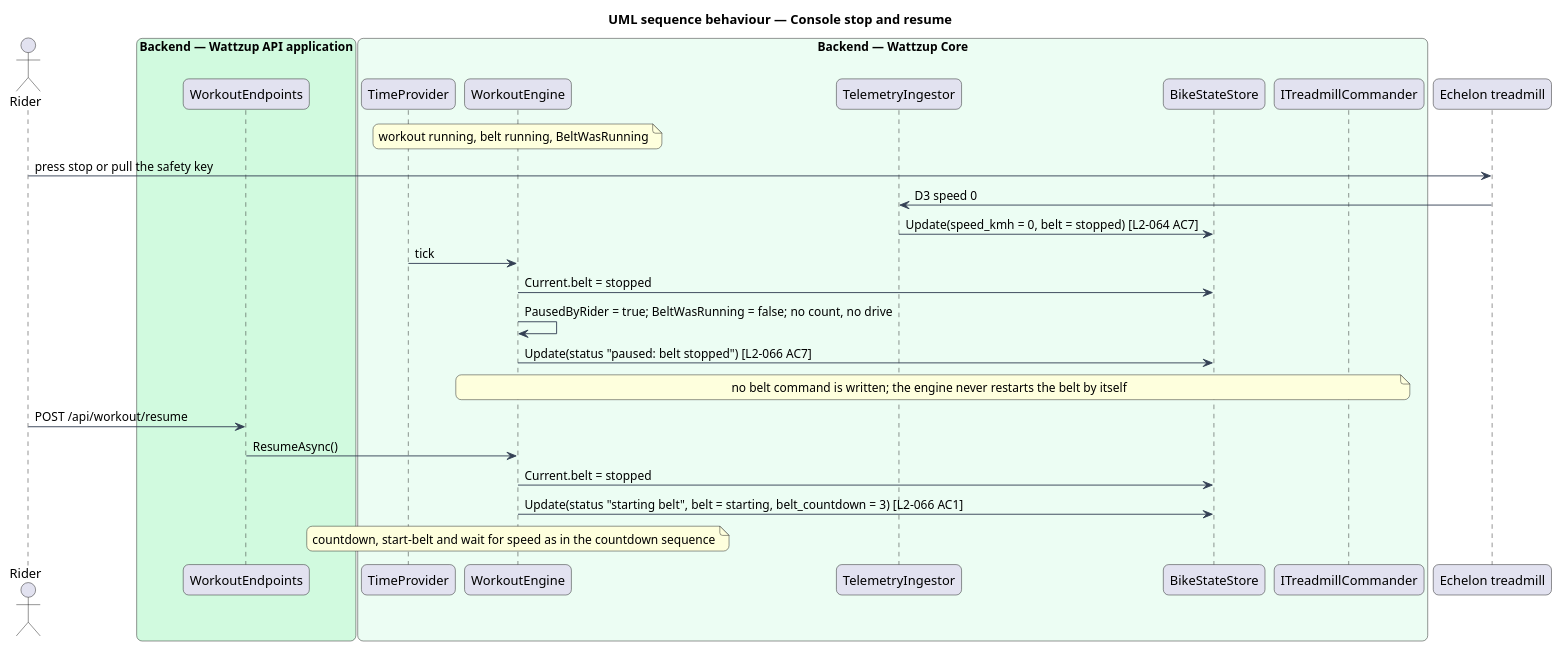
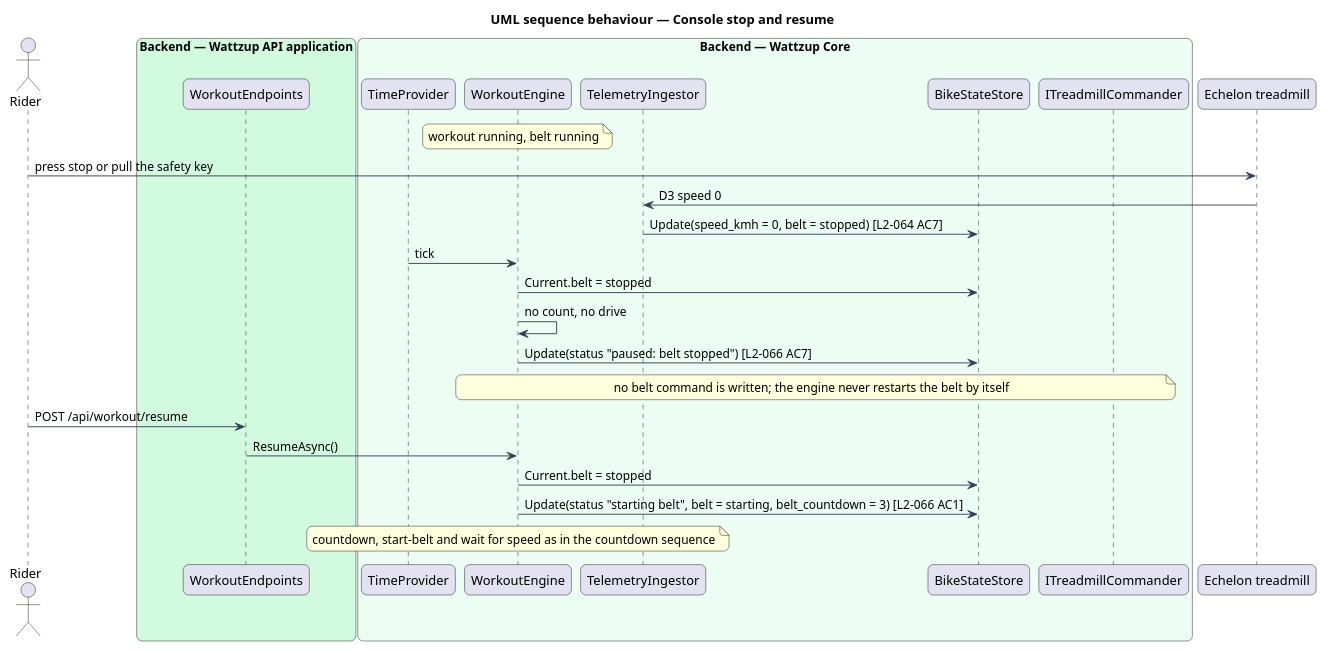
One commit to QuinntyneBrown/ride-one changed the diagram in docs/detailed-designs/treadmill/control-the-belt/diagrams/sequence-console-stop-and-resume.puml. Above: the diagram before and after it, drawn with PlantUML. The commit also changed 14 other files, not shown here.

```diff
--- a/docs/detailed-designs/treadmill/control-the-belt/diagrams/sequence-console-stop-and-resume.puml
+++ b/docs/detailed-designs/treadmill/control-the-belt/diagrams/sequence-console-stop-and-resume.puml
@@ -1,35 +1,35 @@
 @startuml
 title UML sequence behaviour — Console stop and resume
 skinparam backgroundColor #FFFFFF
 skinparam shadowing false
 skinparam roundcorner 12
 skinparam defaultFontName Arial
 skinparam ArrowColor #344054
 actor "Rider" as rider
 box "Backend — Wattzup API application" #D1FADF
   participant "WorkoutEndpoints" as ep
 end box
 box "Backend — Wattzup Core" #ECFDF3
   participant "TimeProvider" as clock
   participant "WorkoutEngine" as engine
   participant "TelemetryIngestor" as ingest
   participant "BikeStateStore" as store
   participant "ITreadmillCommander" as cmdr
 end box
 participant "Echelon treadmill" as treadmill
 
-note over engine : workout running, belt running, BeltWasRunning
+note over engine : workout running, belt running
 rider -> treadmill : press stop or pull the safety key
 treadmill -> ingest : D3 speed 0
 ingest -> store : Update(speed_kmh = 0, belt = stopped) [L2-064 AC7]
 clock -> engine : tick
 engine -> store : Current.belt = stopped
-engine -> engine : PausedByRider = true; BeltWasRunning = false; no count, no drive
+engine -> engine : no count, no drive
 engine -> store : Update(status "paused: belt stopped") [L2-066 AC7]
 note over engine, cmdr : no belt command is written; the engine never restarts the belt by itself
 rider -> ep : POST /api/workout/resume
 ep -> engine : ResumeAsync()
 engine -> store : Current.belt = stopped
 engine -> store : Update(status "starting belt", belt = starting, belt_countdown = 3) [L2-066 AC1]
 note over engine : countdown, start-belt and wait for speed as in the countdown sequence
 @enduml
```
